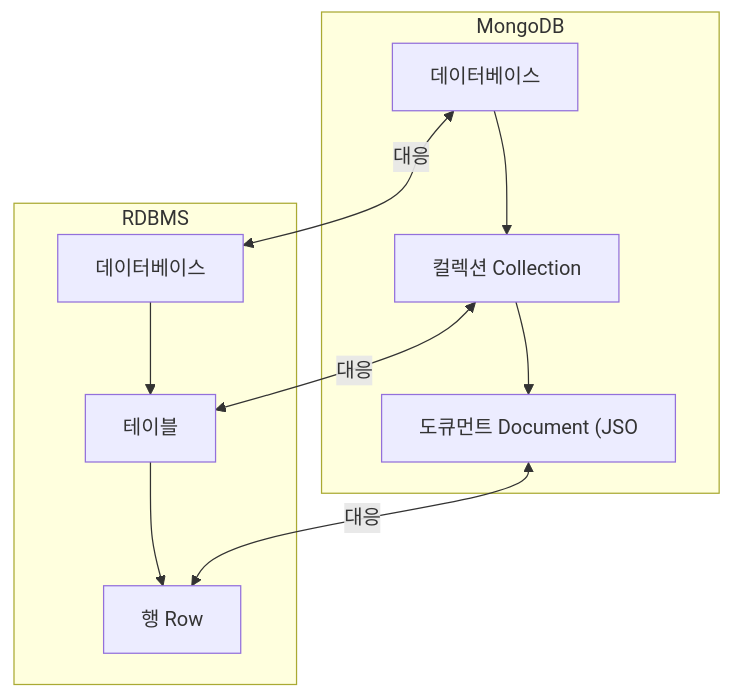
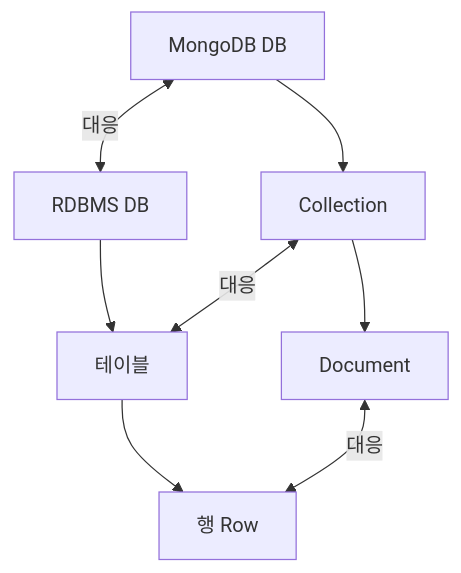
Before and after one commit to yjkim2015/yjkim2015.github.io: the first of 7 diagrams in _posts/nosql/2026-05-02-mongodb-deep.md, drawn with Mermaid. The commit also changed 155 other files, not shown here.

First line of the commit message:
Mermaid 전면 수정: subgraph 제거, participant/노드/줄수 축소 (342블록)

````diff
--- a/_posts/nosql/2026-05-02-mongodb-deep.md
+++ b/_posts/nosql/2026-05-02-mongodb-deep.md
@@ -16,14 +16,10 @@
 ```mermaid
 graph TD
-    subgraph "MongoDB"
-        DB1["데이터베이스"] --> Col["컬렉션 Collection"]
-        Col --> Doc["도큐먼트 Document (JSO"]
-    end
-    subgraph "RDBMS"
-        DB2["데이터베이스"] --> Table["테이블"]
-        Table --> Row["행 Row"]
-    end
-    DB1 <-->|"대응"| DB2
-    Col <-->|"대응"| Table
-    Doc <-->|"대응"| Row
+    DB1["MongoDB DB"] --> Col["Collection"]
+    Col --> Doc["Document"]
+    DB2["RDBMS DB"] --> Table["테이블"]
+    Table --> Row["행 Row"]
+    DB1 <-->|대응| DB2
+    Col <-->|대응| Table
+    Doc <-->|대응| Row
 ```
````
